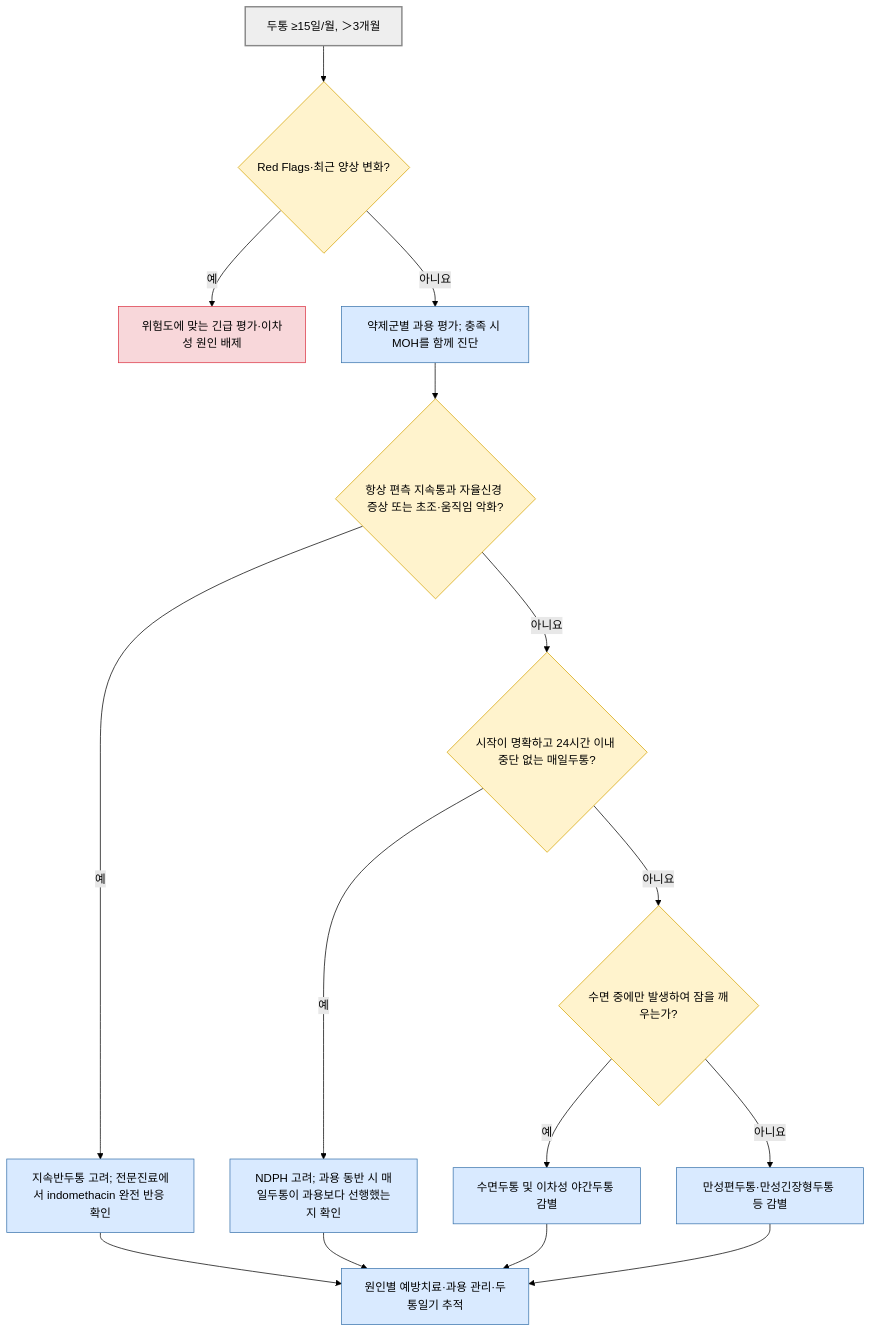
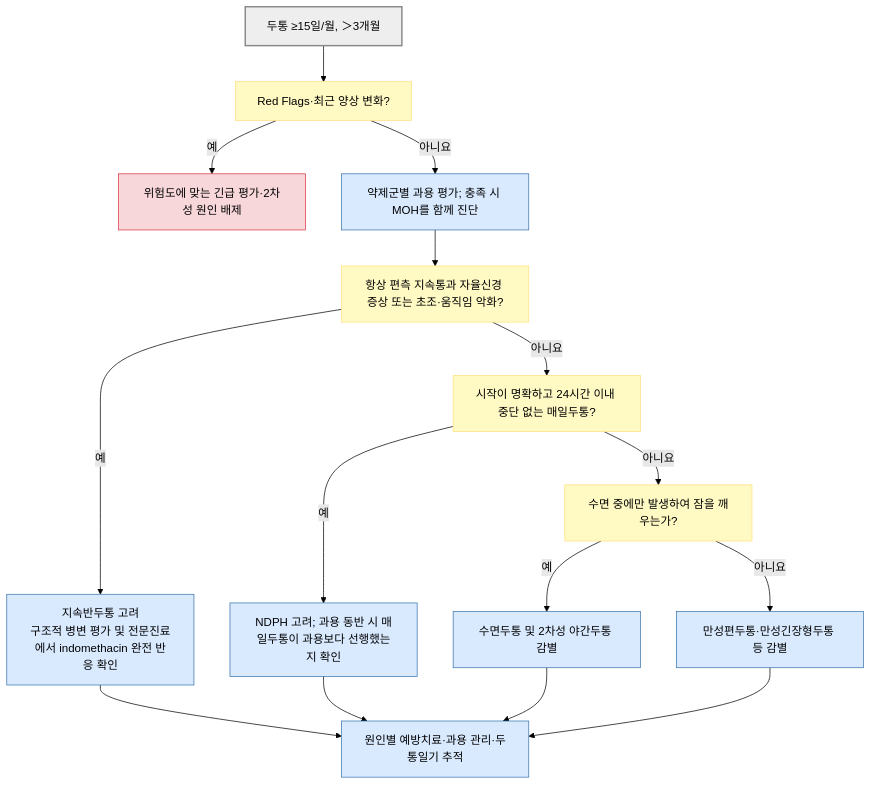
The diagram in 221_/018_-chronic-headache.md (familyoh77/familyoh77), drawn with Mermaid (forest theme) before and after one commit. The commit also changed other lines of this file, not shown here.

````diff
--- a/221_/018_-chronic-headache.md
+++ b/221_/018_-chronic-headache.md
@@ -42,25 +44,25 @@
 ```mermaid
 flowchart TD
-    A["두통 ≥15일/월, ＞3개월"] --> B{"Red Flags·최근 양상 변화?"}
-    B -- "예" --> C["위험도에 맞는 긴급 평가·이차성 원인 배제"]
+    A["두통 ≥15일/월, ＞3개월"] --> B["Red Flags·최근 양상 변화?"]
+    B -- "예" --> C["위험도에 맞는 긴급 평가·2차성 원인 배제"]
     B -- "아니요" --> D["약제군별 과용 평가; 충족 시 MOH를 함께 진단"]
-    D --> E{"항상 편측 지속통과 자율신경 증상 또는 초조·움직임 악화?"}
-    E -- "예" --> F["지속반두통 고려; 전문진료에서 indomethacin 완전 반응 확인"]
-    E -- "아니요" --> G{"시작이 명확하고 24시간 이내 중단 없는 매일두통?"}
+    D --> E["항상 편측 지속통과 자율신경 증상 또는 초조·움직임 악화?"]
+    E -- "예" --> F["지속반두통 고려<br/>구조적 병변 평가 및 전문진료에서 indomethacin 완전 반응 확인"]
+    E -- "아니요" --> G["시작이 명확하고 24시간 이내 중단 없는 매일두통?"]
     G -- "예" --> H["NDPH 고려; 과용 동반 시 매일두통이 과용보다 선행했는지 확인"]
-    G -- "아니요" --> I{"수면 중에만 발생하여 잠을 깨우는가?"}
-    I -- "예" --> J["수면두통 및 이차성 야간두통 감별"]
+    G -- "아니요" --> I["수면 중에만 발생하여 잠을 깨우는가?"]
+    I -- "예" --> J["수면두통 및 2차성 야간두통 감별"]
     I -- "아니요" --> K["만성편두통·만성긴장형두통 등 감별"]
     F --> L["원인별 예방치료·과용 관리·두통일기 추적"]
     H --> L
     J --> L
     K --> L
-    classDef start fill:#eee,stroke:#888,stroke-width:2px;
-    classDef decision fill:#fff3cd,stroke:#d6a400;
+    classDef start fill:#eeeeee,stroke:#888888,stroke-width:2px;
+    classDef decision fill:#fff9c4,stroke:#ffe082;
     classDef emergency fill:#f8d7da,stroke:#dc3545;
     classDef care fill:#d9eaff,stroke:#3973ac;
     class A start;
     class B,E,G,I decision;
     class C emergency;
     class D,F,H,J,K,L care;
 ```
````
